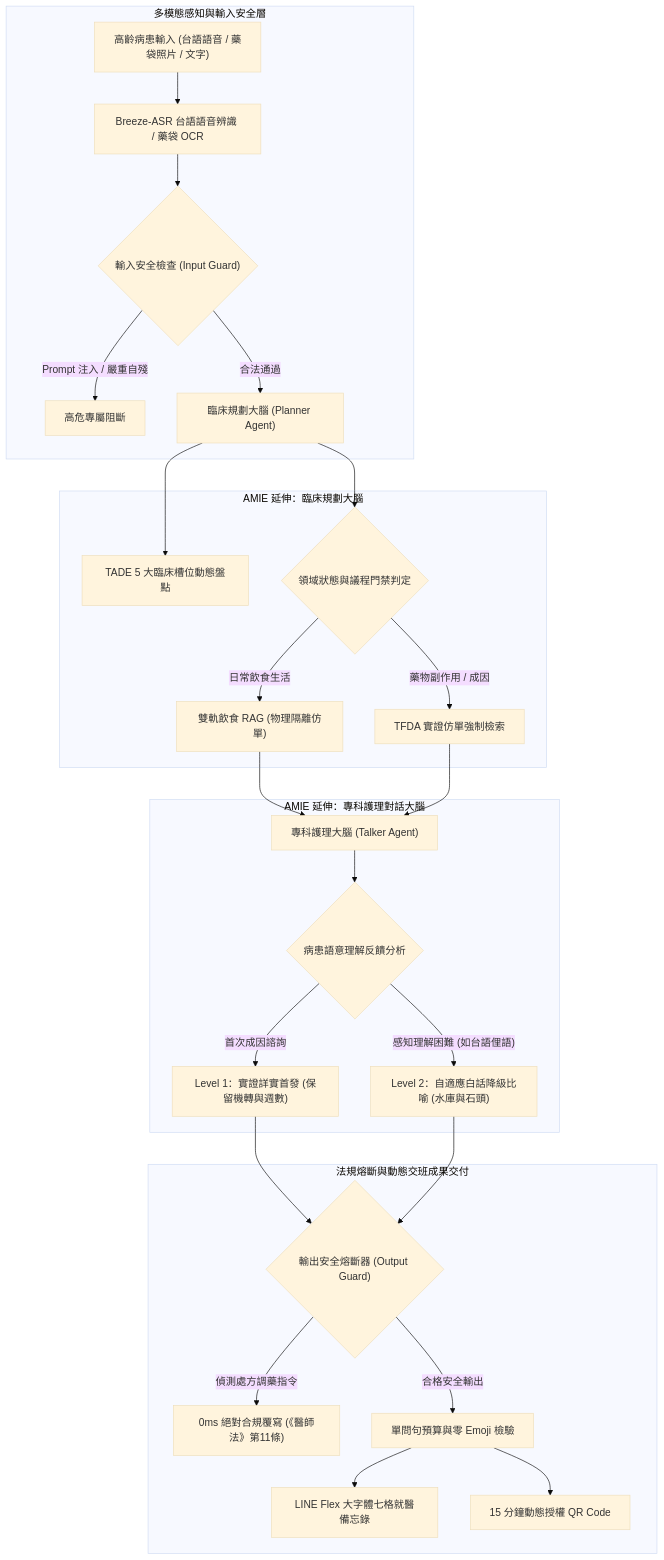
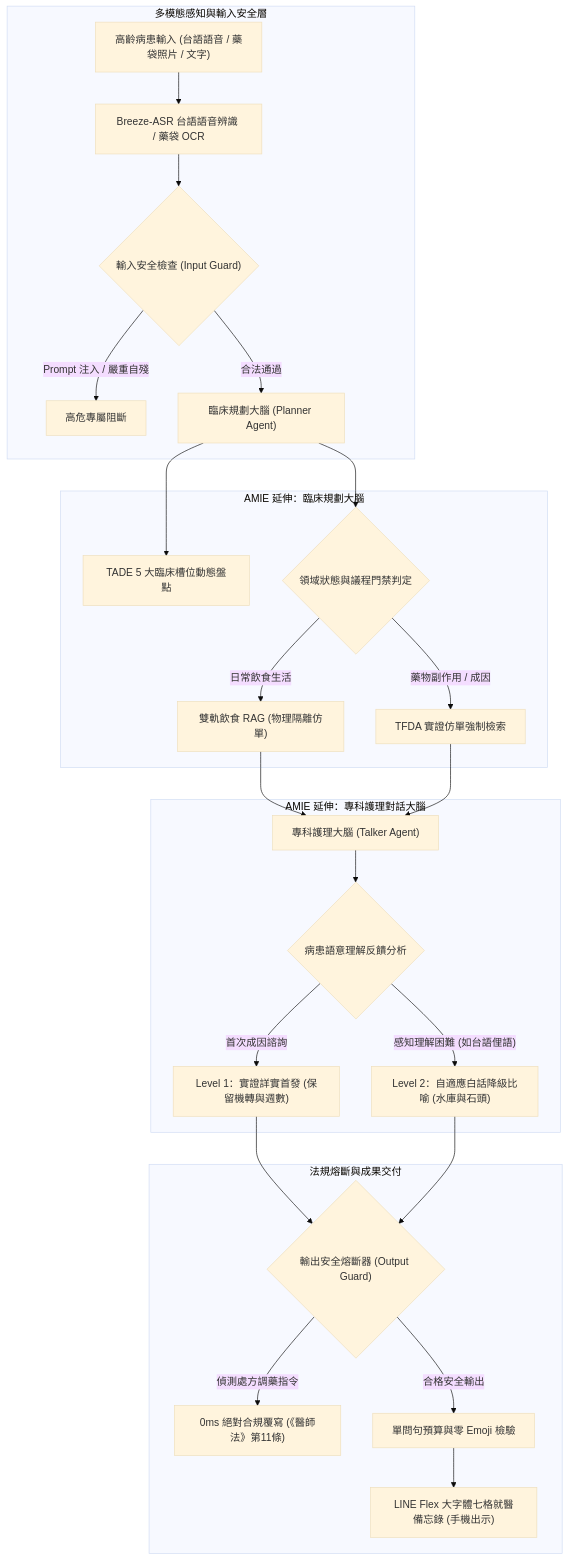
Before and after one commit to Dolly0625/diabetes-education-llm-ablation: the diagram in docs/presentation_and_conference_report.md, drawn with Mermaid (base theme). The commit also changed other lines of this file, not shown here.

Commit message:
fix(docs): 移除虛假 QR Code 與病歷匯入描述，完全回歸實作之 LINE Flex 大字體手機出示卡片

````diff
--- a/docs/presentation_and_conference_report.md
+++ b/docs/presentation_and_conference_report.md
@@ -228,33 +228,32 @@
 ```mermaid
 flowchart TD
     subgraph Sensing_Layer ["多模態感知與輸入安全層"]
         A["高齡病患輸入 (台語語音 / 藥袋照片 / 文字)"] --> B["Breeze-ASR 台語語音辨識 / 藥袋 OCR"]
         B --> C{"輸入安全檢查 (Input Guard)"}
         C -- "Prompt 注入 / 嚴重自殘" --> D["高危專屬阻斷"]
         C -- "合法通過" --> E["臨床規劃大腦 (Planner Agent)"]
     end
 
     subgraph Planning_Layer ["AMIE 延伸：臨床規劃大腦"]
         E --> F["TADE 5 大臨床槽位動態盤點"]
         E --> G{"領域狀態與議程門禁判定"}
         G -- "日常飲食生活" --> H["雙軌飲食 RAG (物理隔離仿單)"]
         G -- "藥物副作用 / 成因" --> I["TFDA 實證仿單強制檢索"]
     end
 
     subgraph Empathy_Layer ["AMIE 延伸：專科護理對話大腦"]
         H --> J["專科護理大腦 (Talker Agent)"]
         I --> J
         J --> K{"病患語意理解反饋分析"}
         K -- "首次成因諮詢" --> L["Level 1：實證詳實首發 (保留機轉與週數)"]
         K -- "感知理解困難 (如台語俚語)" --> M["Level 2：自適應白話降級比喻 (水庫與石頭)"]
     end
 
-    subgraph Guard_Layer ["法規熔斷與動態交班成果交付"]
+    subgraph Guard_Layer ["法規熔斷與成果交付"]
         L --> N{"輸出安全熔斷器 (Output Guard)"}
         M --> N
         N -- "偵測處方調藥指令" --> O["0ms 絕對合規覆寫 (《醫師法》第11條)"]
         N -- "合格安全輸出" --> P["單問句預算與零 Emoji 檢驗"]
-        P --> Q["LINE Flex 大字體七格就醫備忘錄"]
-        P --> R["15 分鐘動態授權 QR Code"]
+        P --> Q["LINE Flex 大字體七格就醫備忘錄 (手機出示)"]
     end
 ```
````
